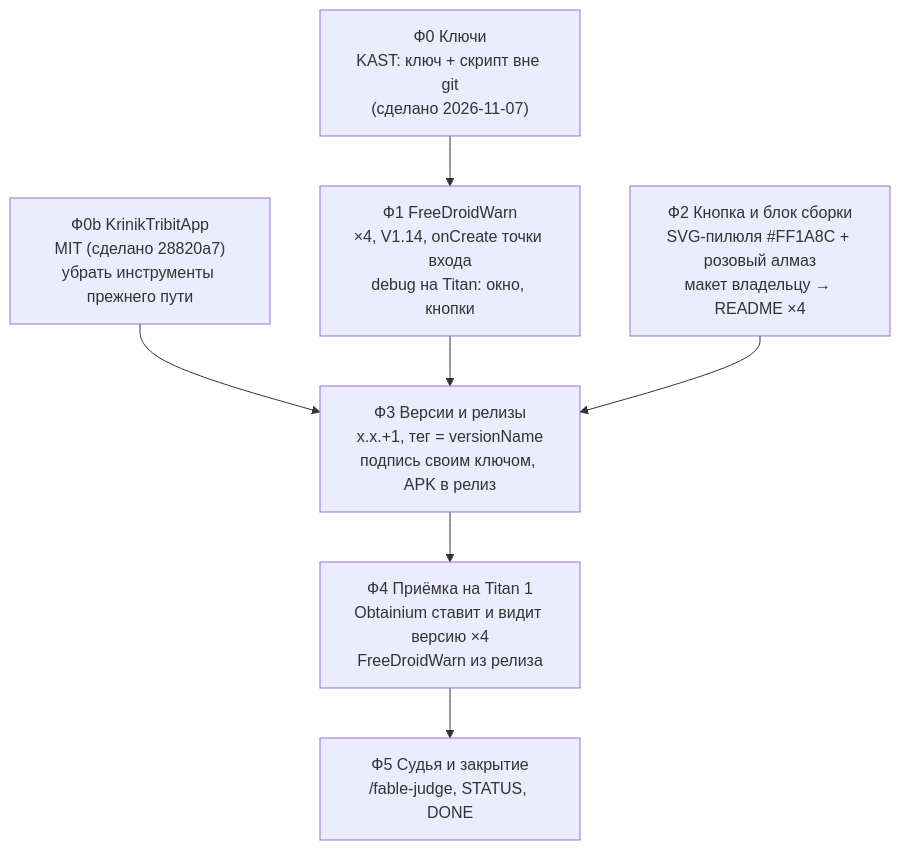
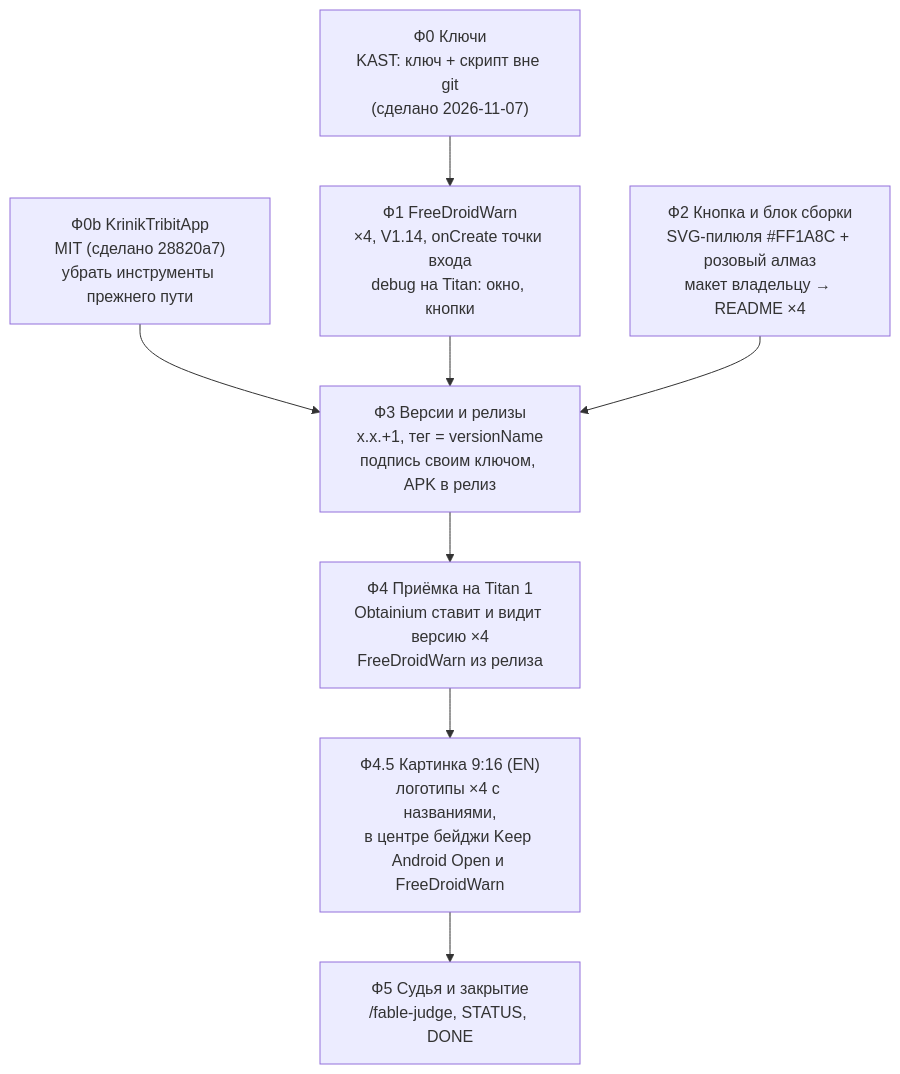
The diagram in plans/13_EPIC_distribution_freedom.md (MikalaiKryvusha/KAST), drawn with Mermaid before and after one commit. The commit also changed other lines of this file and 1 other file, not shown here.

Commit message:
docs(plans): 13 - owner: final 9:16 English picture with the four app logos, Keep Android Open and FreeDroidWarn badges (phase F4.5)

````diff
--- a/plans/13_EPIC_distribution_freedom.md
+++ b/plans/13_EPIC_distribution_freedom.md
@@ -27,10 +27,11 @@
 ```mermaid
 flowchart TD
   F0["Ф0 Ключи<br/>KAST: ключ + скрипт вне git<br/>(сделано 2026-11-07)"] --> F1
   F0b["Ф0b KrinikTribitApp<br/>MIT (сделано 28820a7)<br/>убрать инструменты прежнего пути"] --> F3
   F1["Ф1 FreeDroidWarn<br/>×4, V1.14, onCreate точки входа<br/>debug на Titan: окно, кнопки"] --> F3
   F2["Ф2 Кнопка и блок сборки<br/>SVG-пилюля #FF1A8C + розовый алмаз<br/>макет владельцу → README ×4"] --> F3
   F3["Ф3 Версии и релизы<br/>x.x.+1, тег = versionName<br/>подпись своим ключом, APK в релиз"] --> F4
-  F4["Ф4 Приёмка на Titan 1<br/>Obtainium ставит и видит версию ×4<br/>FreeDroidWarn из релиза"] --> F5
+  F4["Ф4 Приёмка на Titan 1<br/>Obtainium ставит и видит версию ×4<br/>FreeDroidWarn из релиза"] --> F45
+  F45["Ф4.5 Картинка 9:16 (EN)<br/>логотипы ×4 с названиями,<br/>в центре бейджи Keep Android Open и FreeDroidWarn"] --> F5
   F5["Ф5 Судья и закрытие<br/>/fable-judge, STATUS, DONE"]
 ```
````
